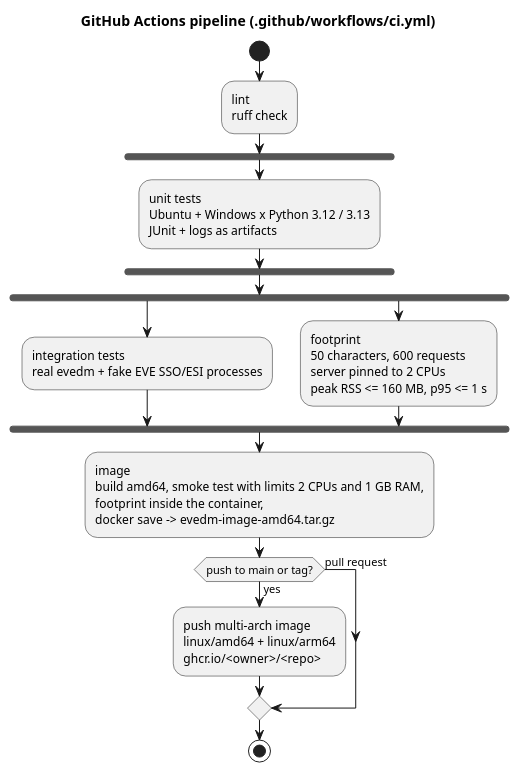
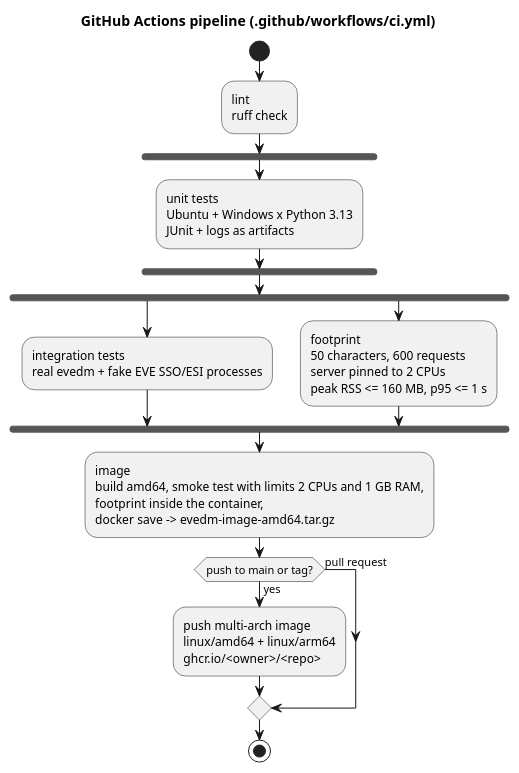
Before and after one commit to Headruner/war-bot-2: the diagram in docs/c4/10-ci-pipeline.puml, drawn with PlantUML. The commit also changed 3 other files, not shown here.

```diff
--- a/docs/c4/10-ci-pipeline.puml
+++ b/docs/c4/10-ci-pipeline.puml
@@ -1,20 +1,20 @@
 @startuml ci-pipeline
 title GitHub Actions pipeline (.github/workflows/ci.yml)
 skinparam shadowing false
 start
 :lint\nruff check;
 fork
-  :unit tests\nUbuntu + Windows x Python 3.12 / 3.13\nJUnit + logs as artifacts;
+  :unit tests\nUbuntu + Windows x Python 3.13\nJUnit + logs as artifacts;
 end fork
 fork
   :integration tests\nreal evedm + fake EVE SSO/ESI processes;
 fork again
   :footprint\n50 characters, 600 requests\nserver pinned to 2 CPUs\npeak RSS <= 160 MB, p95 <= 1 s;
 end fork
 :image\nbuild amd64, smoke test with limits 2 CPUs and 1 GB RAM,\nfootprint inside the container,\ndocker save -> evedm-image-amd64.tar.gz;
 if (push to main or tag?) then (yes)
   :push multi-arch image\nlinux/amd64 + linux/arm64\nghcr.io/<owner>/<repo>;
 else (pull request)
 endif
 stop
 @enduml
```
